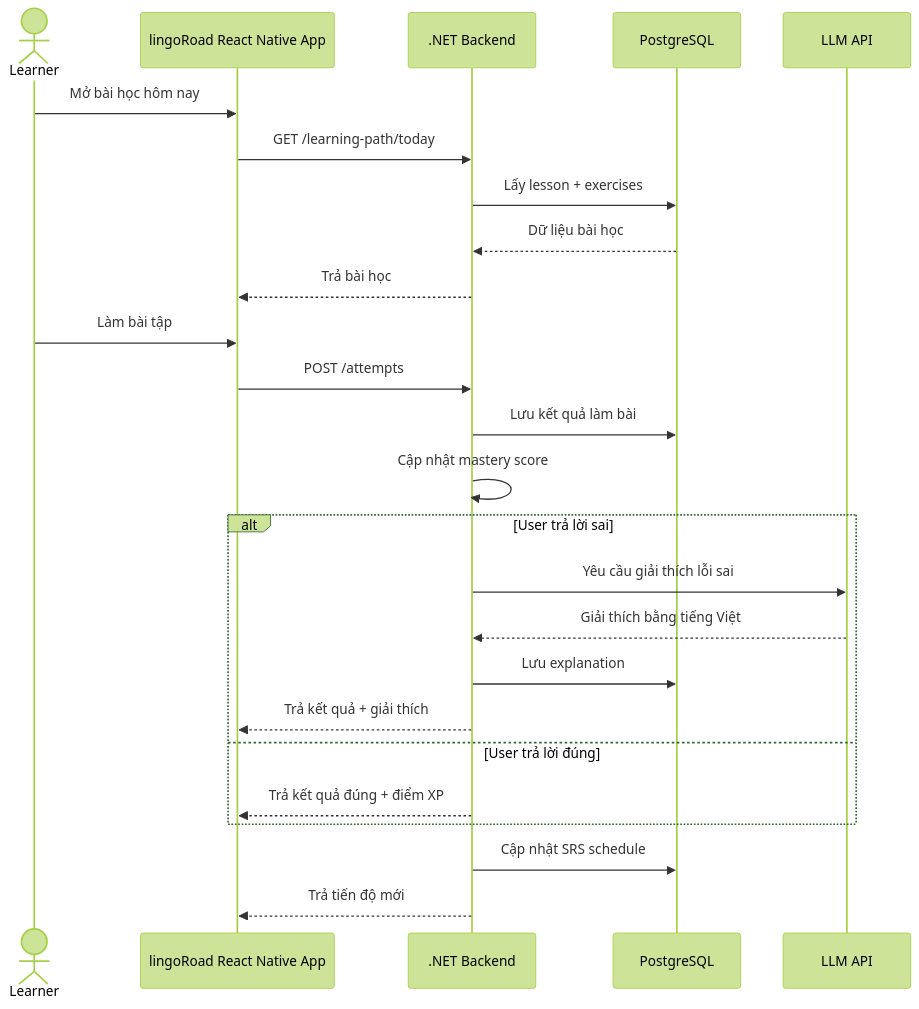
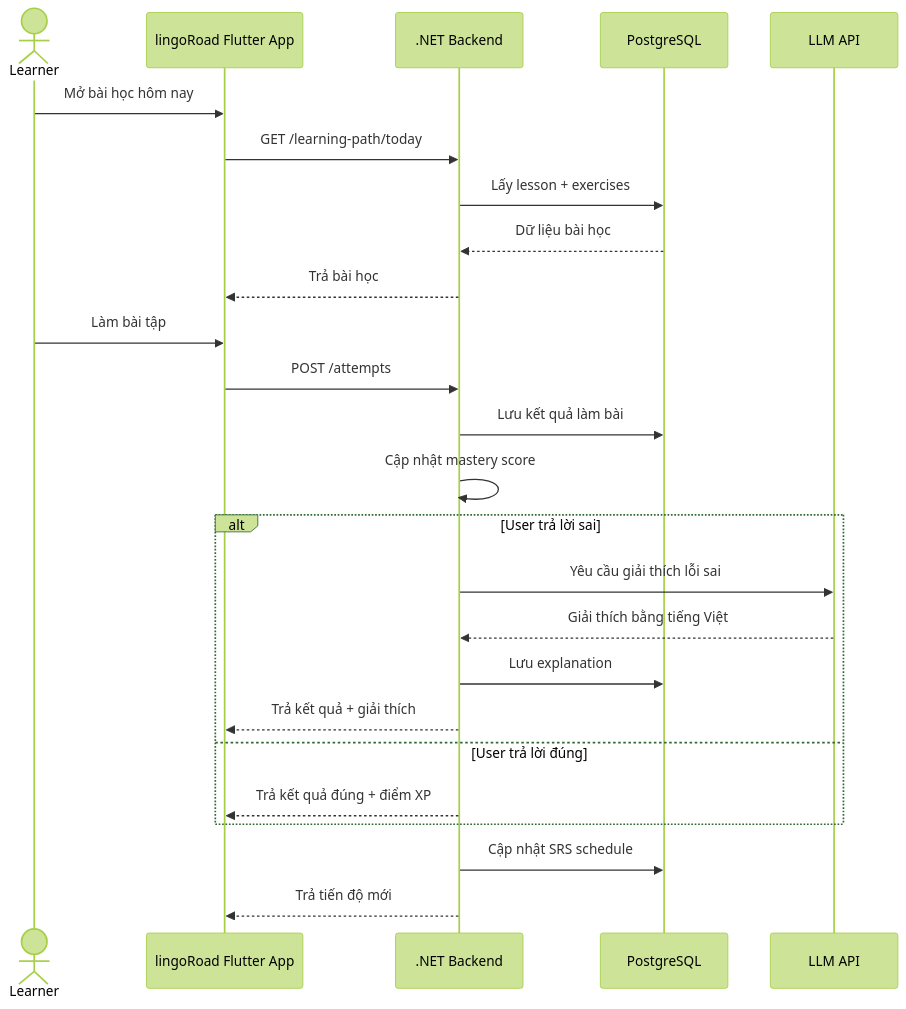
The fourth of 14 diagrams in MVP_architecture.md (Anroiy123/LingoRoad), drawn with Mermaid (forest theme) before and after one commit. The commit also changed other lines of this file, not shown here.

````diff
--- a/MVP_architecture.md
+++ b/MVP_architecture.md
@@ -222,31 +222,31 @@
 ```mermaid
 sequenceDiagram
     actor Learner
-    participant Mobile as lingoRoad React Native App
+    participant Mobile as lingoRoad Flutter App
     participant API as .NET Backend
     participant DB as PostgreSQL
     participant AI as LLM API
 
     Learner->>Mobile: Mở bài học hôm nay
     Mobile->>API: GET /learning-path/today
     API->>DB: Lấy lesson + exercises
     DB-->>API: Dữ liệu bài học
     API-->>Mobile: Trả bài học
 
     Learner->>Mobile: Làm bài tập
     Mobile->>API: POST /attempts
     API->>DB: Lưu kết quả làm bài
     API->>API: Cập nhật mastery score
 
     alt User trả lời sai
         API->>AI: Yêu cầu giải thích lỗi sai
         AI-->>API: Giải thích bằng tiếng Việt
         API->>DB: Lưu explanation
         API-->>Mobile: Trả kết quả + giải thích
     else User trả lời đúng
         API-->>Mobile: Trả kết quả đúng + điểm XP
     end
 
     API->>DB: Cập nhật SRS schedule
     API-->>Mobile: Trả tiến độ mới
 ```
````
